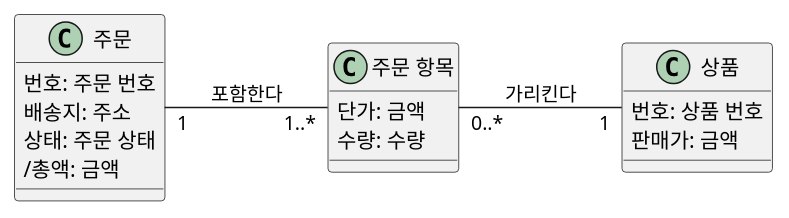
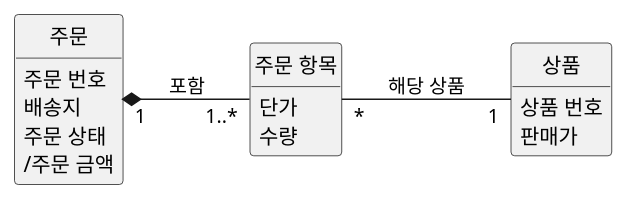
Before and after one commit to YoungSan77/TrainingMaterials: the third of 4 diagrams in courses/ai-native/sessions/s04.md, drawn with PlantUML. The commit also changed other lines of this file and 52 other files, not shown here.

````diff
--- a/courses/ai-native/sessions/s04.md
+++ b/courses/ai-native/sessions/s04.md
@@ -430,21 +534,24 @@
 ```plantuml:class
 @startuml
 left to right direction
+hide circle
+hide methods
+skinparam shadowing false
 class "주문" as Order {
-  번호: 주문 번호
-  배송지: 주소
-  상태: 주문 상태
-  /총액: 금액
+  주문 번호
+  배송지
+  주문 상태
+  /주문 금액
 }
 class "주문 항목" as OrderItem {
-  단가: 금액
-  수량: 수량
+  단가
+  수량
 }
 class "상품" as Product {
-  번호: 상품 번호
-  판매가: 금액
+  상품 번호
+  판매가
 }
-Order "1" -- "1..*" OrderItem : 포함한다
-OrderItem "0..*" -- "1" Product : 가리킨다
+Order "1" *-- "1..*" OrderItem : 포함
+OrderItem "*" -- "1" Product : 해당 상품
 @enduml
 ```
````
